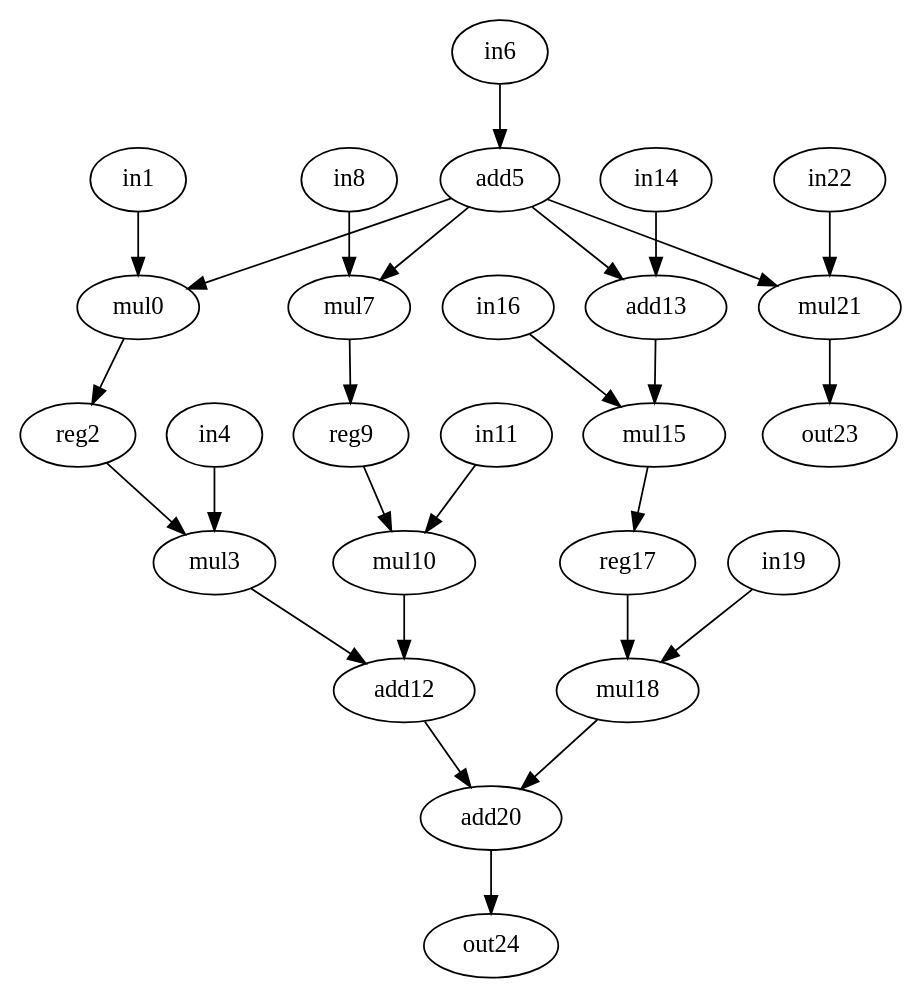
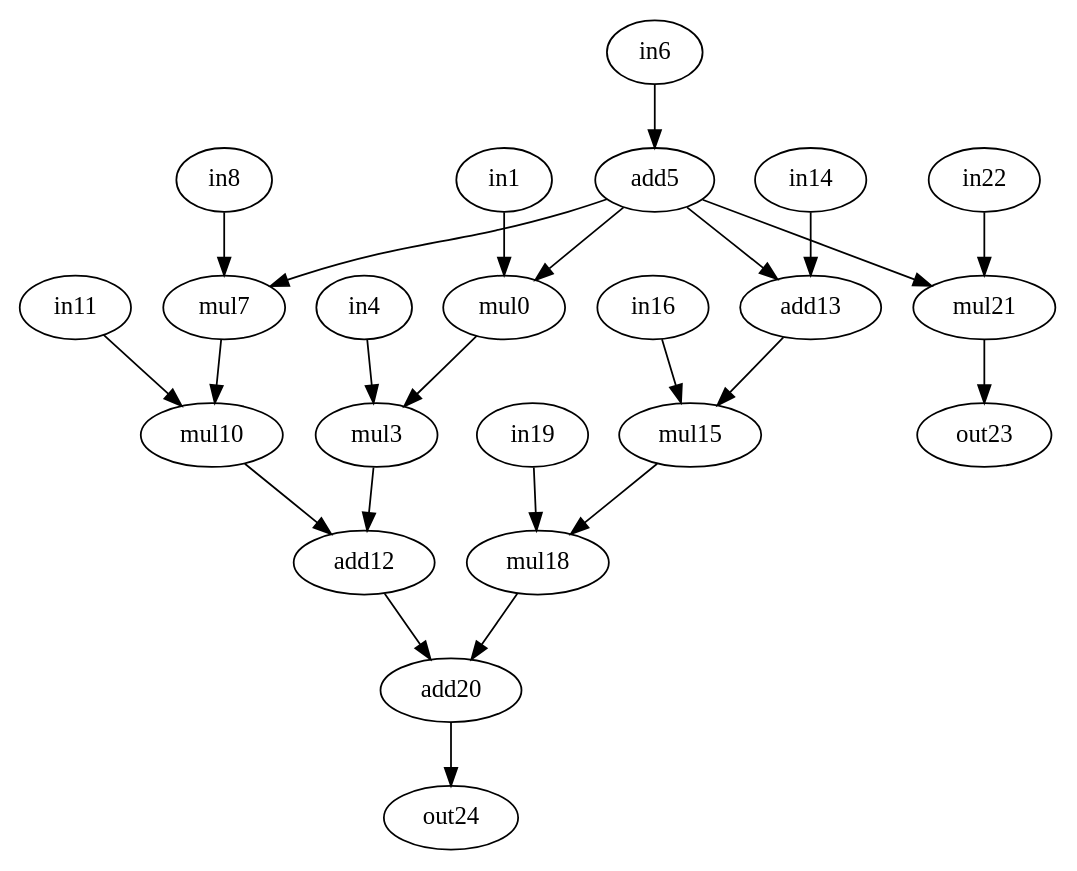
One commit to jeronimopenha/traversal_project changed the diagram in bench/test_bench/assincrono/conv3.dot. Above: the diagram before and after it, drawn with Graphviz. The commit also changed 5 other files, not shown here.

```diff
--- a/bench/test_bench/assincrono/conv3.dot
+++ b/bench/test_bench/assincrono/conv3.dot
@@ -1,53 +1,47 @@
 strict digraph "conv3" {
 0 [alap=2, asap=2, label=mul0, op=mul];
 1 [alap=1, asap=0, label=in1, op=in];
-2 [alap=3, asap=3, label=reg2, op=reg];
 3 [alap=4, asap=4, label=mul3, op=mul];
 4 [alap=3, asap=0, label=in4, op=in];
 5 [alap=1, asap=1, label=add5, op=addi, value=2];
 6 [alap=0, asap=0, label=in6, op=in];
 7 [alap=2, asap=2, label=mul7, op=mul];
 8 [alap=1, asap=0, label=in8, op=in];
-9 [alap=3, asap=3, label=reg9, op=reg];
 10 [alap=4, asap=4, label=mul10, op=mul];
 11 [alap=3, asap=0, label=in11, op=in];
 12 [alap=5, asap=5, label=add12, op=add];
 13 [alap=2, asap=2, label=add13, op=add, value=2];
 14 [alap=1, asap=0, label=in14, op=in];
 15 [alap=3, asap=3, label=mul15, op=mul];
 16 [alap=2, asap=0, label=in16, op=in];
-17 [alap=4, asap=4, label=reg17, op=reg];
 18 [alap=5, asap=5, label=mul18, op=mul];
 19 [alap=4, asap=0, label=in19, op=in];
 20 [alap=6, asap=6, label=add20, op=add];
 21 [alap=2, asap=2, label=mul21, op=mul];
 22 [alap=1, asap=0, label=in22, op=in];
 23 [alap=3, asap=3, label=out23, op=out];
 24 [alap=7, asap=7, label=out24, op=out];
-0 -> 2  [port=0, w=0];
+0 -> 3  [port=0, w=0];
 1 -> 0  [port=0, w=0];
-2 -> 3  [port=0, w=0];
 3 -> 12  [port=0, w=0];
 4 -> 3  [port=1, w=0];
 5 -> 0  [port=1, w=0];
 5 -> 7  [port=0, w=0];
 5 -> 13  [port=0, w=0];
 5 -> 21  [port=0, w=0];
 6 -> 5  [port=0, w=0];
-7 -> 9  [port=0, w=0];
+7 -> 10  [port=0, w=0];
 8 -> 7  [port=1, w=0];
-9 -> 10  [port=0, w=0];
 10 -> 12  [port=1, w=0];
 11 -> 10  [port=1, w=0];
 12 -> 20  [port=0, w=0];
 13 -> 15  [port=0, w=0];
 14 -> 13  [port=1, w=0];
-15 -> 17  [port=0, w=0];
+15 -> 18  [port=0, w=0];
 16 -> 15  [port=1, w=0];
-17 -> 18  [port=0, w=0];
 18 -> 20  [port=1, w=0];
 19 -> 18  [port=1, w=0];
 20 -> 24  [port=0, w=0];
 21 -> 23  [port=0, w=0];
 22 -> 21  [port=1, w=0];
 }
```
